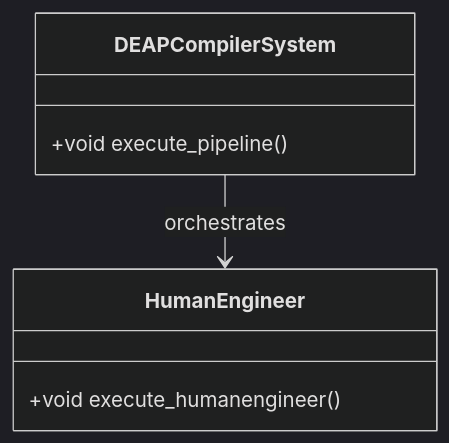
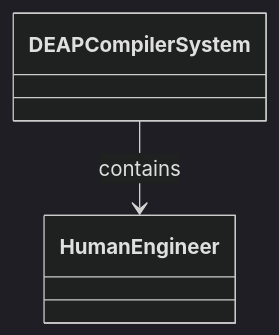
The diagram in docs/features/FEAT-01-HumanEngineer.md (gintatkinson/dumpiler-01), drawn with Mermaid (dark theme) before and after one commit. The commit also changed other lines of this file and 101 other files, not shown here.

````diff
--- a/docs/features/FEAT-01-HumanEngineer.md
+++ b/docs/features/FEAT-01-HumanEngineer.md
@@ -25,10 +29,6 @@
 ```mermaid
 classDiagram
-    class DEAPCompilerSystem {
-        +void execute_pipeline()
-    }
-    class HumanEngineer {
-        +void execute_humanengineer()
-    }
-    DEAPCompilerSystem --> HumanEngineer : orchestrates
+    class DEAPCompilerSystem
+    class HumanEngineer
+    DEAPCompilerSystem --> HumanEngineer : contains
 ```
````
